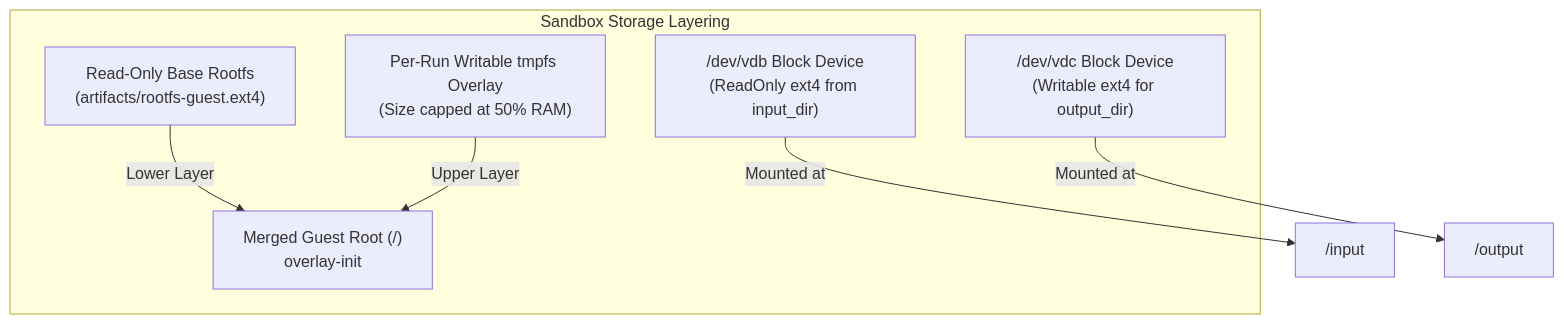
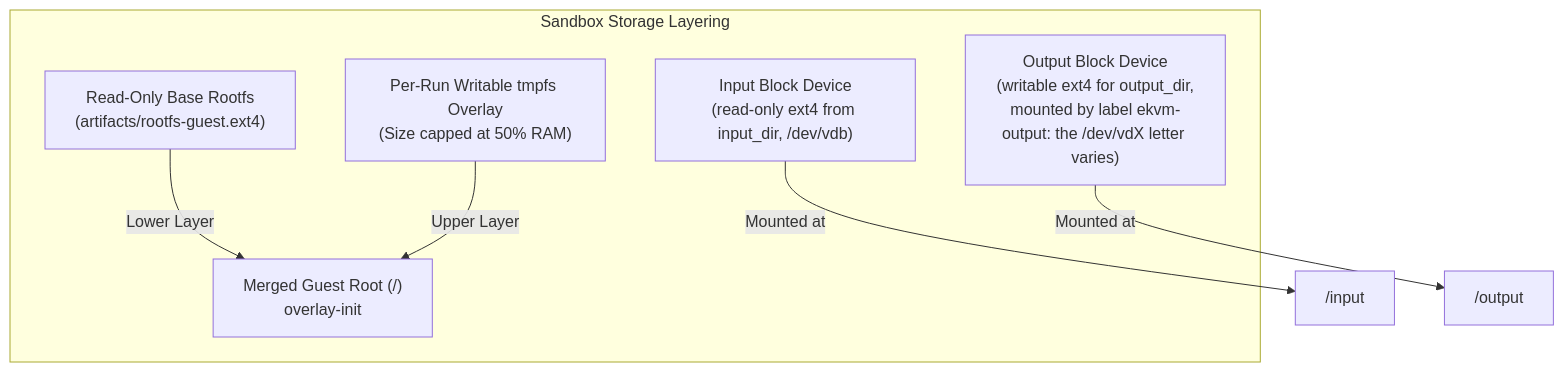
The third of 3 diagrams in docs/architecture-host.md (kendricklawton/behavioral-sandbox), drawn with Mermaid before and after one commit. The commit also changed other lines of this file and 46 other files, not shown here.

````diff
--- a/docs/architecture-host.md
+++ b/docs/architecture-host.md
@@ -96,16 +96,16 @@
 ```mermaid
 flowchart TB
     subgraph StorageLayout["Sandbox Storage Layering"]
         BaseFS["Read-Only Base Rootfs\n(artifacts/rootfs-guest.ext4)"]
         TmpfsOverlay["Per-Run Writable tmpfs Overlay\n(Size capped at 50% RAM)"]
         MergedRoot["Merged Guest Root (/)\noverlay-init"]
         
-        InputBlock["/dev/vdb Block Device\n(ReadOnly ext4 from input_dir)"]
-        OutputBlock["/dev/vdc Block Device\n(Writable ext4 for output_dir)"]
+        InputBlock["Input Block Device\n(read-only ext4 from input_dir, /dev/vdb)"]
+        OutputBlock["Output Block Device\n(writable ext4 for output_dir,\nmounted by label ekvm-output: the /dev/vdX letter varies)"]
     end
 
     BaseFS -->|Lower Layer| MergedRoot
     TmpfsOverlay -->|Upper Layer| MergedRoot
     InputBlock -->|Mounted at| GuestInput["/input"]
     OutputBlock -->|Mounted at| GuestOutput["/output"]
 ```
````
